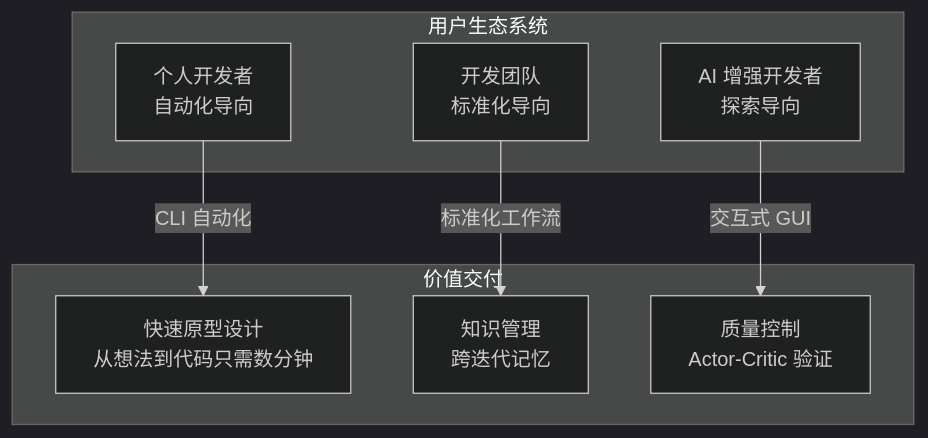
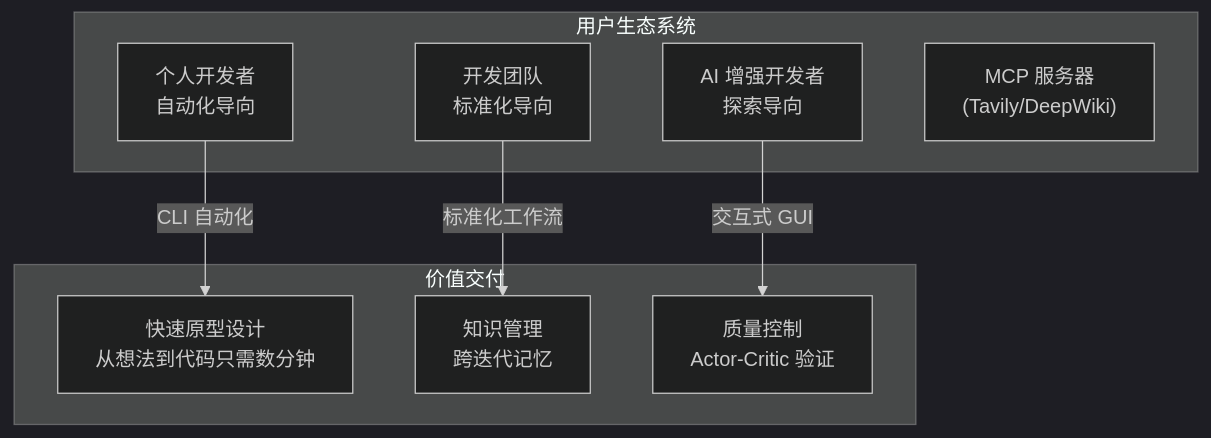
One commit to sopaco/cowork-forge changed the first of 18 diagrams in litho.docs/zh/2、架构概览.md. Above: the diagram before and after it, drawn with Mermaid (dark theme). The commit also changed other lines of this file and 9 other files, not shown here.

````diff
--- a/litho.docs/zh/2、架构概览.md
+++ b/litho.docs/zh/2、架构概览.md
@@ -80,18 +80,20 @@
 ```mermaid
 flowchart TB
     subgraph Users["用户生态系统"]
         ID["个人开发者<br/>自动化导向"]
         DT["开发团队<br/>标准化导向"]
         AD["AI 增强开发者<br/>探索导向"]
+        MCP["MCP 服务器<br/>(Tavily/DeepWiki)"]
     end
     
     subgraph Value["价值交付"]
         RP["快速原型设计<br/>从想法到代码只需数分钟"]
         KM["知识管理<br/>跨迭代记忆"]
         QC["质量控制<br/>Actor-Critic 验证"]
+        MCP["MCP 服务器<br/>(Tavily/DeepWiki)"]
     end
     
     ID -->|CLI 自动化| RP
     DT -->|标准化工作流| KM
     AD -->|交互式 GUI| QC
 ```
````
